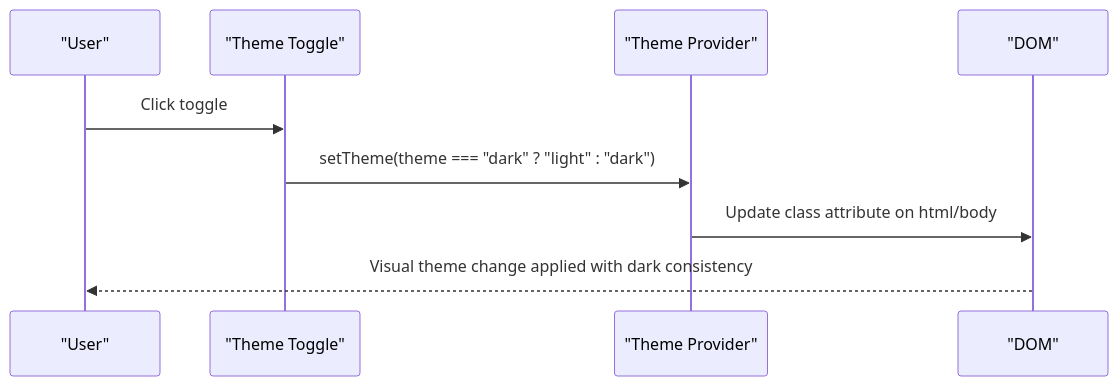
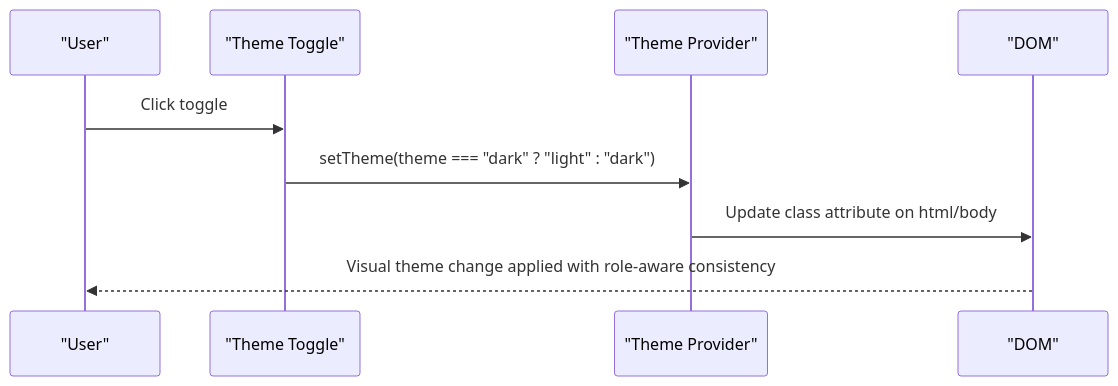
One commit to alikizang/datafrica changed the fifth of 8 diagrams in .qoder/repowiki/en/content/UI Components/Layout Components.md. Above: the diagram before and after it, drawn with Mermaid. The commit also changed other lines of this file and 21 other files, not shown here.

````diff
--- a/.qoder/repowiki/en/content/UI Components/Layout Components.md
+++ b/.qoder/repowiki/en/content/UI Components/Layout Components.md
@@ -262,11 +335,11 @@
 ```mermaid
 sequenceDiagram
 participant U as "User"
 participant TT as "Theme Toggle"
 participant TP as "Theme Provider"
 participant DOM as "DOM"
 U->>TT : Click toggle
 TT->>TP : setTheme(theme === "dark" ? "light" : "dark")
 TP->>DOM : Update class attribute on html/body
-DOM-->>U : Visual theme change applied with dark consistency
+DOM-->>U : Visual theme change applied with role-aware consistency
 ```
````
